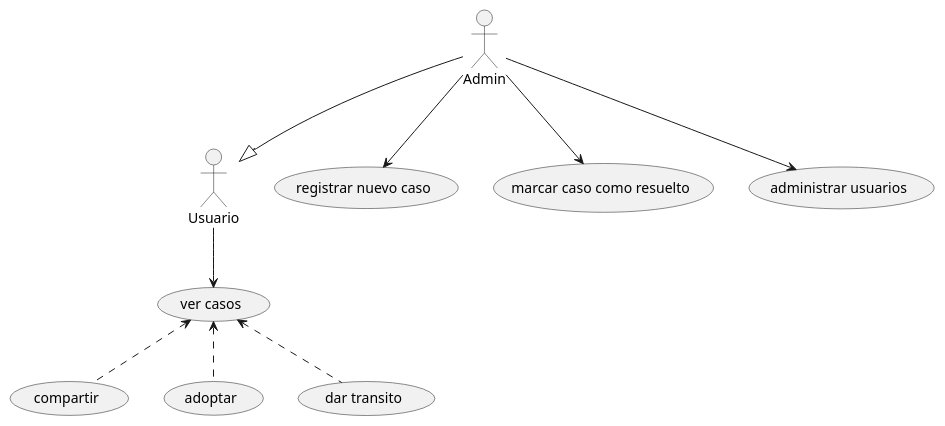
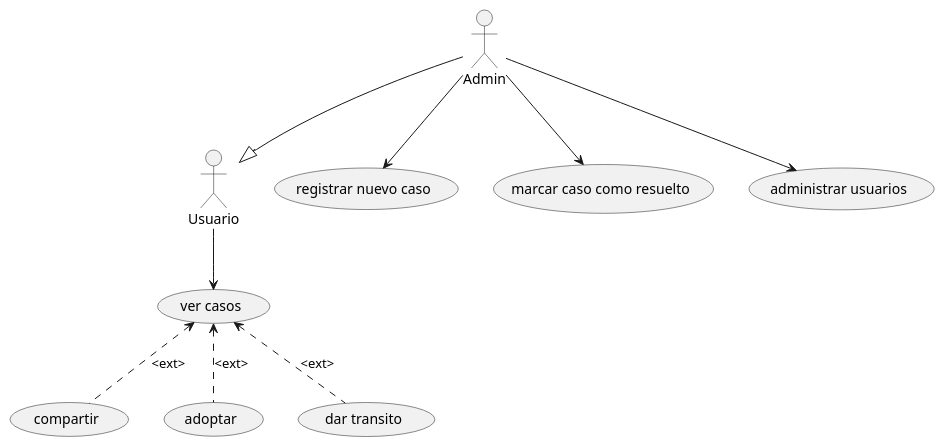
Before and after one commit to DiegoGit35/patitas: the diagram in docs/puml/.casos_de_uso.puml, drawn with PlantUML. The commit also changed 3 other files, not shown here.

```diff
--- a/docs/puml/.casos_de_uso.puml
+++ b/docs/puml/.casos_de_uso.puml
@@ -1,14 +1,15 @@
 @startuml Casos_de_uso
 :Usuario: as u
 :Admin: as a 
 a --> (registrar nuevo caso)
 a --> (marcar caso como resuelto)
 a --> (administrar usuarios)
 a --|> u
 u --> (ver casos)
-(ver casos) <.. (compartir)
-(ver casos) <.. (adoptar)
-(ver casos) <.. (dar transito)
+(ver casos) <.. (compartir) : <ext>
+(ver casos) <.. (adoptar) : <ext>
+(ver casos) <.. (dar transito) : <ext>
+
 
 
 @enduml
```
